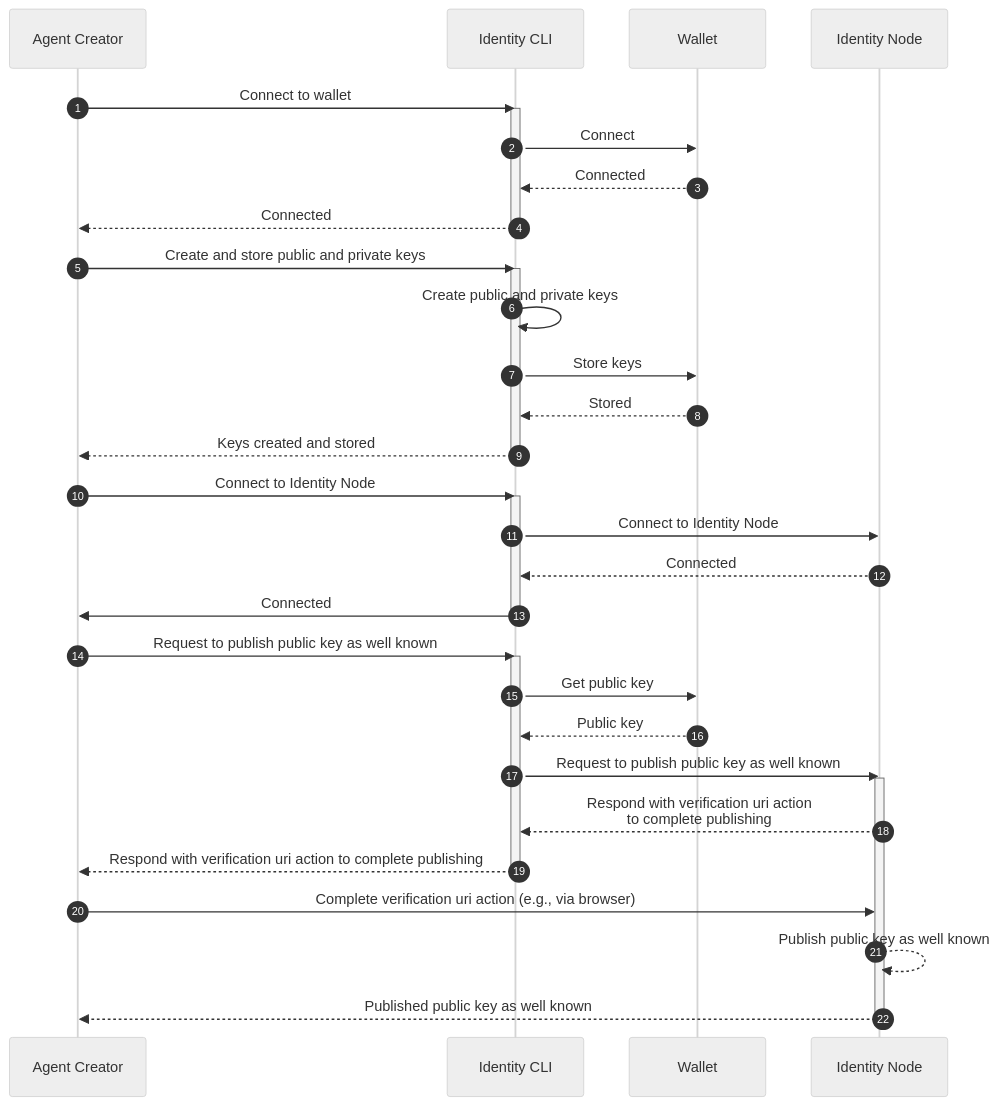
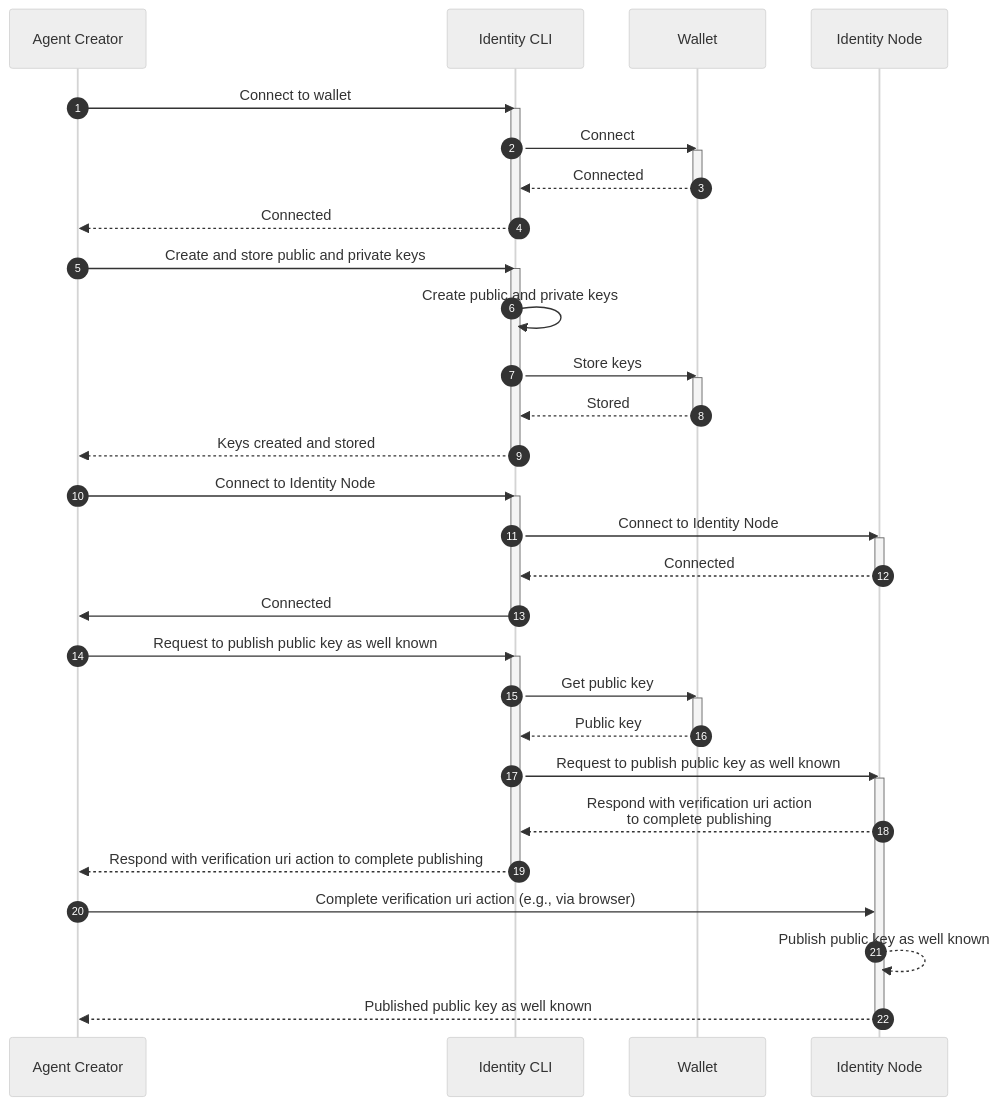
Before and after one commit to agntcy/identity-spec: the diagram in docs-src/docs/specs/flows/identity.md, drawn with Mermaid (neutral theme).

Commit message:
fix: tweak identity flow

````diff
--- a/docs-src/docs/specs/flows/identity.md
+++ b/docs-src/docs/specs/flows/identity.md
@@ -11,44 +11,52 @@
 ```mermaid
 sequenceDiagram
 autonumber
 
 % Connect to wallet
 Agent Creator->>Identity CLI: Connect to wallet
 activate Identity CLI
 Identity CLI->>Wallet: Connect
+activate Wallet
 Wallet-->>Identity CLI: Connected
+deactivate Wallet
 Identity CLI-->>Agent Creator: Connected
 deactivate Identity CLI
 
 % Create public and private keys
 Agent Creator->>Identity CLI: Create and store public and private keys
 activate Identity CLI
 Identity CLI->>Identity CLI: Create public and private keys
 Identity CLI->>Wallet: Store keys
+activate Wallet
 Wallet-->>Identity CLI: Stored
+deactivate Wallet
 Identity CLI-->>Agent Creator: Keys created and stored
 deactivate Identity CLI
 
 % Connect to Identity Node
 Agent Creator->>Identity CLI: Connect to Identity Node
 activate Identity CLI
 Identity CLI->>Identity Node: Connect to Identity Node
+activate Identity Node
 Identity Node-->>Identity CLI: Connected
+deactivate Identity Node
 Identity CLI->>Agent Creator: Connected
 deactivate Identity CLI
 
 % Publish public key as well known
 Agent Creator->>Identity CLI: Request to publish public key as well known
 activate Identity CLI
 Identity CLI->>Wallet: Get public key
+activate Wallet
 Wallet-->>Identity CLI: Public key
+deactivate Wallet
 Identity CLI->>Identity Node: Request to publish public key as well known
 activate Identity Node
 Identity Node-->>Identity CLI: Respond with verification uri action<br/>to complete publishing
 Identity CLI-->>Agent Creator: Respond with verification uri action to complete publishing
 deactivate Identity CLI
 Agent Creator->>Identity Node: Complete verification uri action (e.g., via browser)
 Identity Node-->>Identity Node: Publish public key as well known
 Identity Node-->>Agent Creator: Published public key as well known
 deactivate Identity Node
 ```
````
